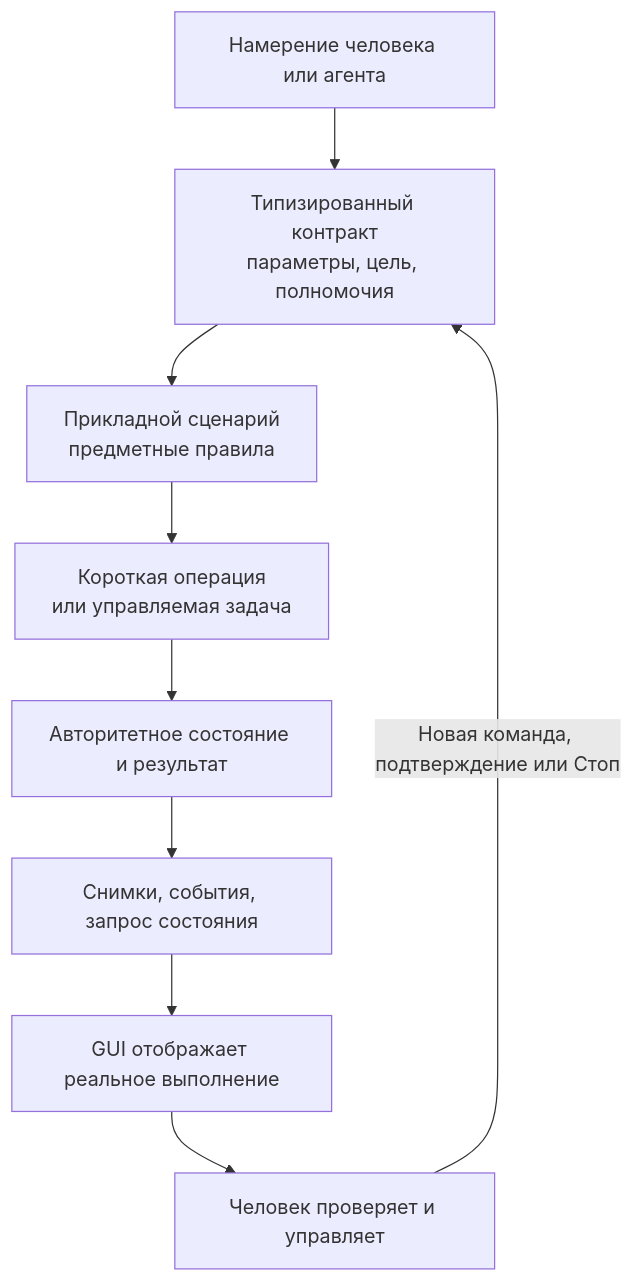
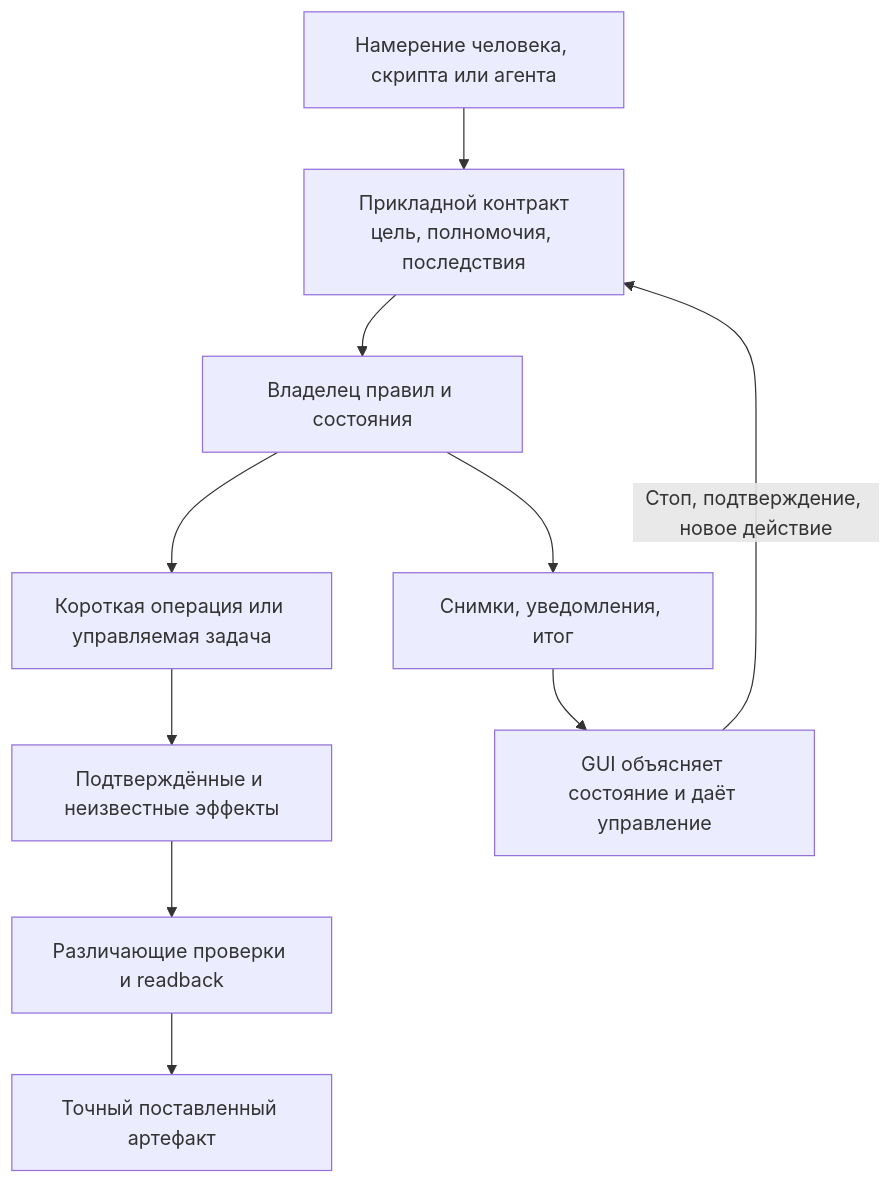
One commit to VladimirMonin/Project-Foundation-Kit changed the fifth of 5 diagrams in pack/references/architecture/command-first/00_README.md. Above: the diagram before and after it, drawn with Mermaid. The commit also changed other lines of this file and 44 other files, not shown here.

````diff
--- a/pack/references/architecture/command-first/00_README.md
+++ b/pack/references/architecture/command-first/00_README.md
@@ -467,15 +576,17 @@
 ```mermaid
 flowchart TD
-    INTENT["Намерение человека или агента"]
-    CONTRACT["Типизированный контракт<br/>параметры, цель, полномочия"]
-    APPLY["Прикладной сценарий<br/>предметные правила"]
-    WORK["Короткая операция<br/>или управляемая задача"]
-    STATE["Авторитетное состояние и результат"]
-    OBS["Снимки, события, запрос состояния"]
-    GUI["GUI отображает реальное выполнение"]
-    HUMAN["Человек проверяет и управляет"]
+    INTENT["Намерение человека, скрипта или агента"]
+    CONTRACT["Прикладной контракт<br/>цель, полномочия, последствия"]
+    OWNER["Владелец правил и состояния"]
+    WORK["Короткая операция или управляемая задача"]
+    EFFECT["Подтверждённые и неизвестные эффекты"]
+    OBSERVE["Снимки, уведомления, итог"]
+    GUI["GUI объясняет состояние и даёт управление"]
+    PROOF["Различающие проверки и readback"]
+    ART["Точный поставленный артефакт"]
 
-    INTENT --> CONTRACT --> APPLY --> WORK --> STATE
-    STATE --> OBS --> GUI --> HUMAN
-    HUMAN -->|"Новая команда, подтверждение или Стоп"| CONTRACT
+    INTENT --> CONTRACT --> OWNER --> WORK --> EFFECT
+    OWNER --> OBSERVE --> GUI
+    GUI -->|"Стоп, подтверждение, новое действие"| CONTRACT
+    EFFECT --> PROOF --> ART
 ```
````
